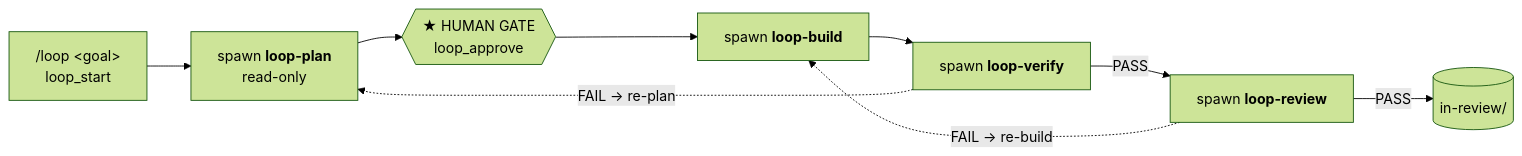
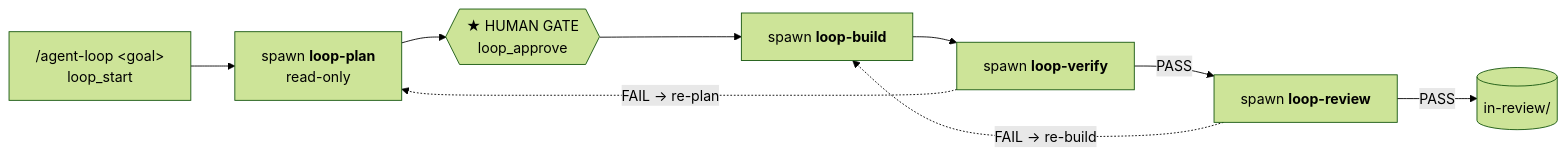
One commit to yenchang265-afk/agentic-workflow changed the second of 2 diagrams in README.md. Above: the diagram before and after it, drawn with Mermaid (forest theme). The commit also changed other lines of this file and 44 other files, not shown here.

First line of the commit message:
refactor: rename /loop and /loop-plan to /agent-loop and /agent-loop-plan

````diff
--- a/README.md
+++ b/README.md
@@ -155,11 +155,11 @@
 ```mermaid
 flowchart LR
-    start["/loop &lt;goal&gt;<br/>loop_start"] --> plan["spawn <b>loop-plan</b><br/>read-only"]
+    start["/agent-loop &lt;goal&gt;<br/>loop_start"] --> plan["spawn <b>loop-plan</b><br/>read-only"]
     plan --> gate{{"★ HUMAN GATE<br/>loop_approve"}}
     gate --> build["spawn <b>loop-build</b>"]
     build --> verify["spawn <b>loop-verify</b>"]
     verify -->|"PASS"| review["spawn <b>loop-review</b>"]
     verify -.->|"FAIL → re-plan"| plan
     review -.->|"FAIL → re-build"| build
     review -->|"PASS"| done[("in-review/")]
 ```
````
